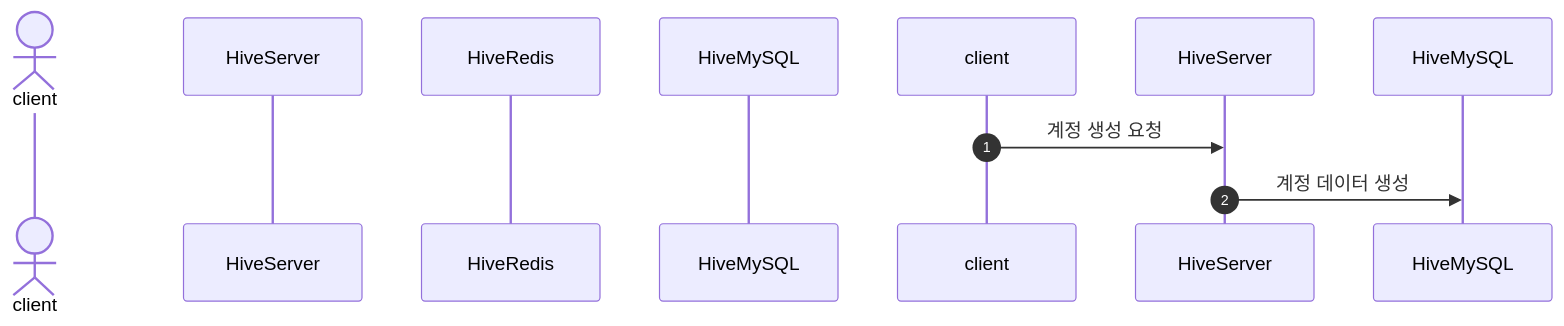
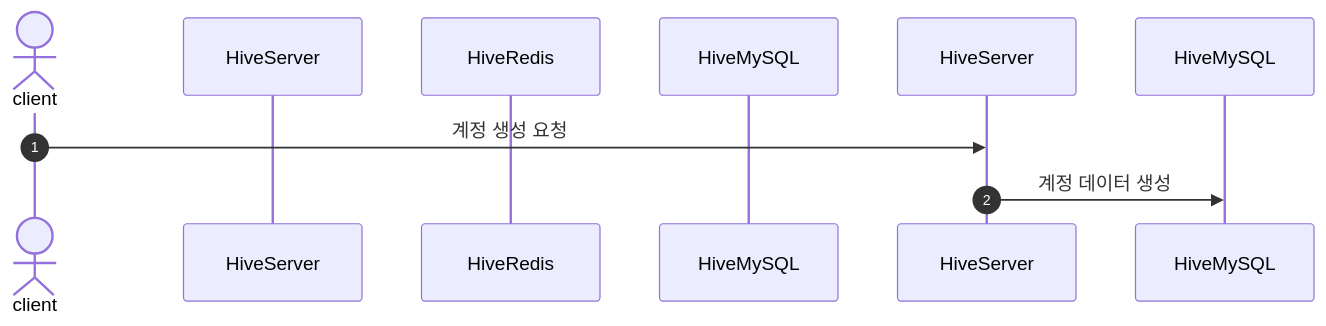
Before and after one commit to hhes0225/OmokServer: the first of 2 diagrams in SequenceDiagram.md, drawn with Mermaid.

````diff
--- a/SequenceDiagram.md
+++ b/SequenceDiagram.md
@@ -3,10 +3,10 @@
 ```mermaid
 sequenceDiagram
   autonumber
   actor A as client
   participant B as HiveServer
   participant C as HiveRedis
   participant D as HiveMySQL
-  client->>HiveServer: 계정 생성 요청
+  A->>HiveServer: 계정 생성 요청
   HiveServer->>HiveMySQL: 계정 데이터 생성
 ```
````
